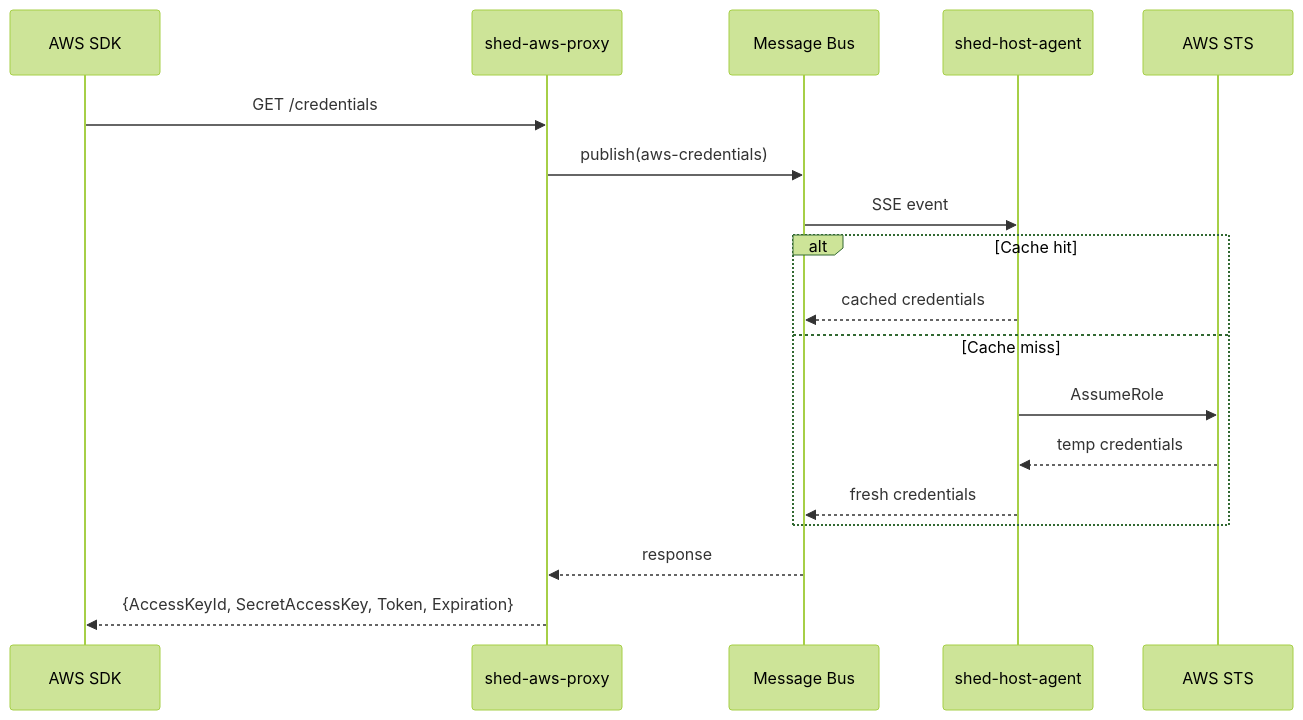
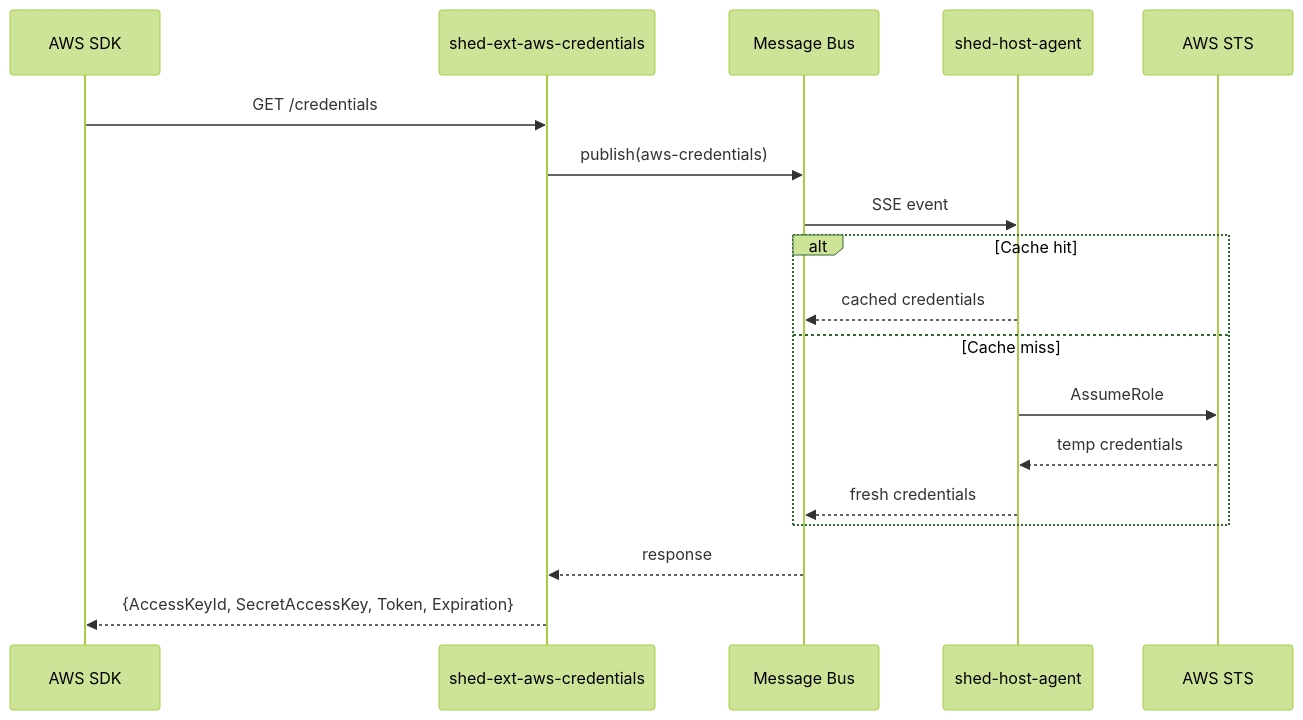
Before and after one commit to charliek/shed-extensions: the second of 3 diagrams in docs/development/architecture.md, drawn with Mermaid (forest theme). The commit also changed other lines of this file and 32 other files, not shown here.

First line of the commit message:
Use shed SDK, rename binaries to shed-ext-* convention (#5)

````diff
--- a/docs/development/architecture.md
+++ b/docs/development/architecture.md
@@ -49,21 +49,21 @@
 ```mermaid
 sequenceDiagram
     participant SDK as AWS SDK
-    participant Proxy as shed-aws-proxy
+    participant Proxy as shed-ext-aws-credentials
     participant Bus as Message Bus
     participant Host as shed-host-agent
     participant STS as AWS STS
 
     SDK->>Proxy: GET /credentials
     Proxy->>Bus: publish(aws-credentials)
     Bus->>Host: SSE event
     alt Cache hit
         Host-->>Bus: cached credentials
     else Cache miss
         Host->>STS: AssumeRole
         STS-->>Host: temp credentials
         Host-->>Bus: fresh credentials
     end
     Bus-->>Proxy: response
     Proxy-->>SDK: {AccessKeyId, SecretAccessKey, Token, Expiration}
 ```
````
